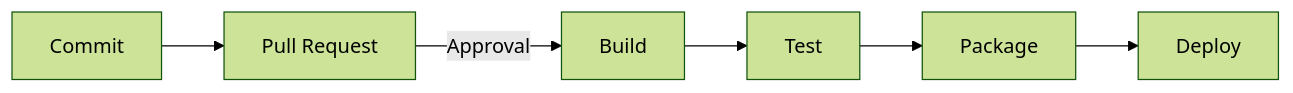
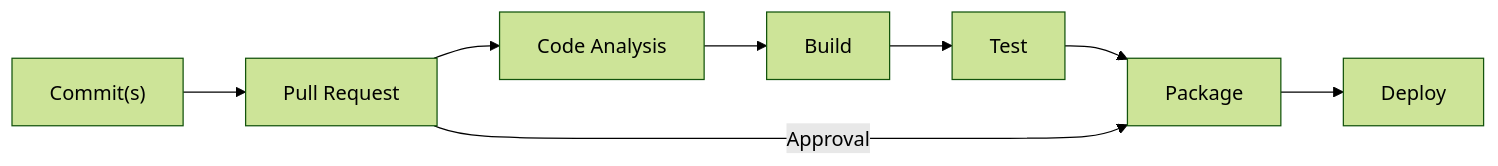
Before and after one commit to MarkE0/General: the first of 2 diagrams in README.md, drawn with Mermaid (forest theme).

````diff
--- a/README.md
+++ b/README.md
@@ -8,8 +8,10 @@
 ```mermaid
 graph LR;
-  A[Commit] --> B[Pull Request];
-  B -- Approval --> C[Build]
-  C --> D[Test]
-  D --> E[Package]
-  E --> F[Deploy]
+  C["Commit(s)"] --> PR[Pull Request];
+  PR --> A[Code Analysis]
+  A  --> B[Build]
+  B  --> T[Test]
+  T  --> P[Package]
+  PR -- Approval --> P
+  P --> D[Deploy]
 ```
````
